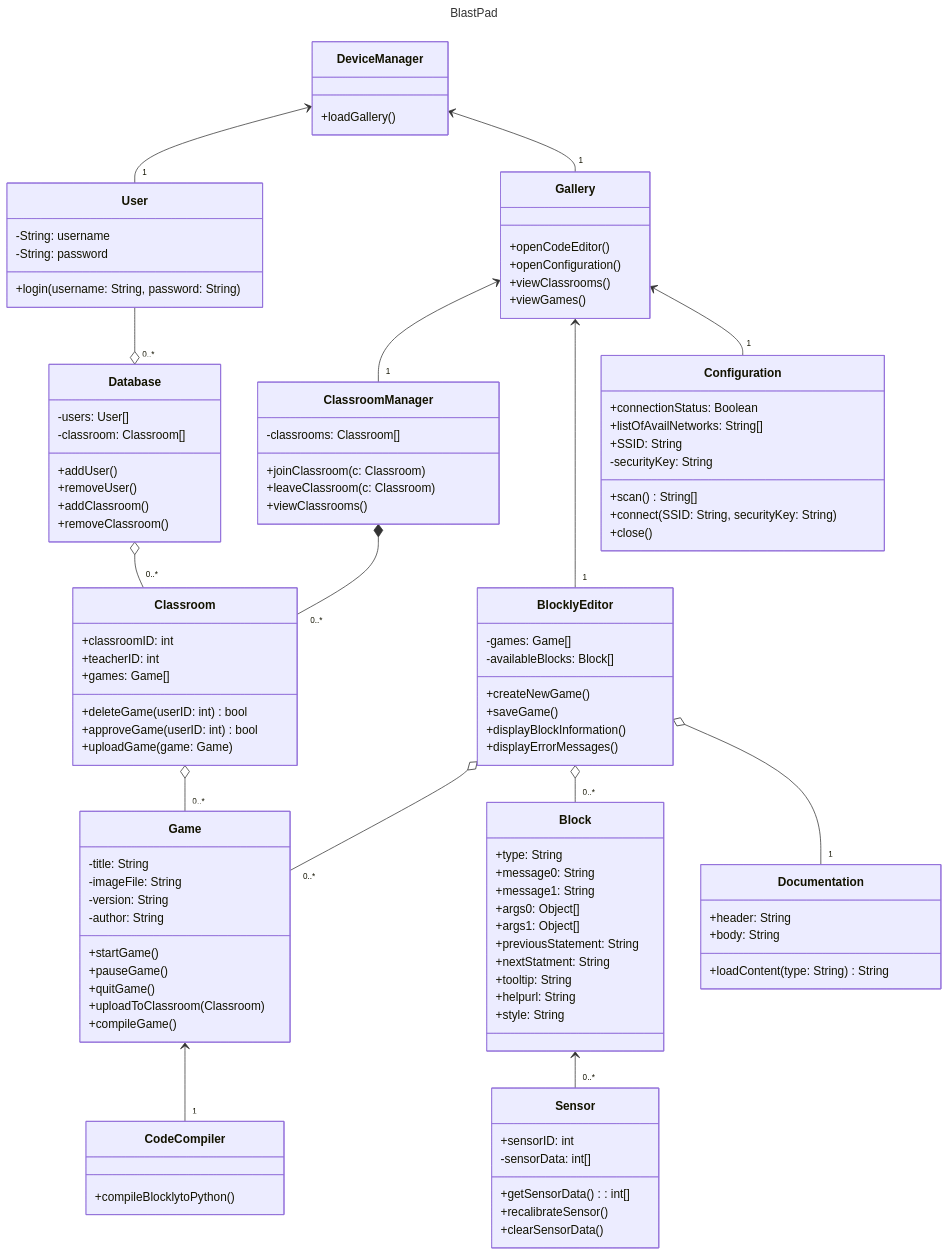
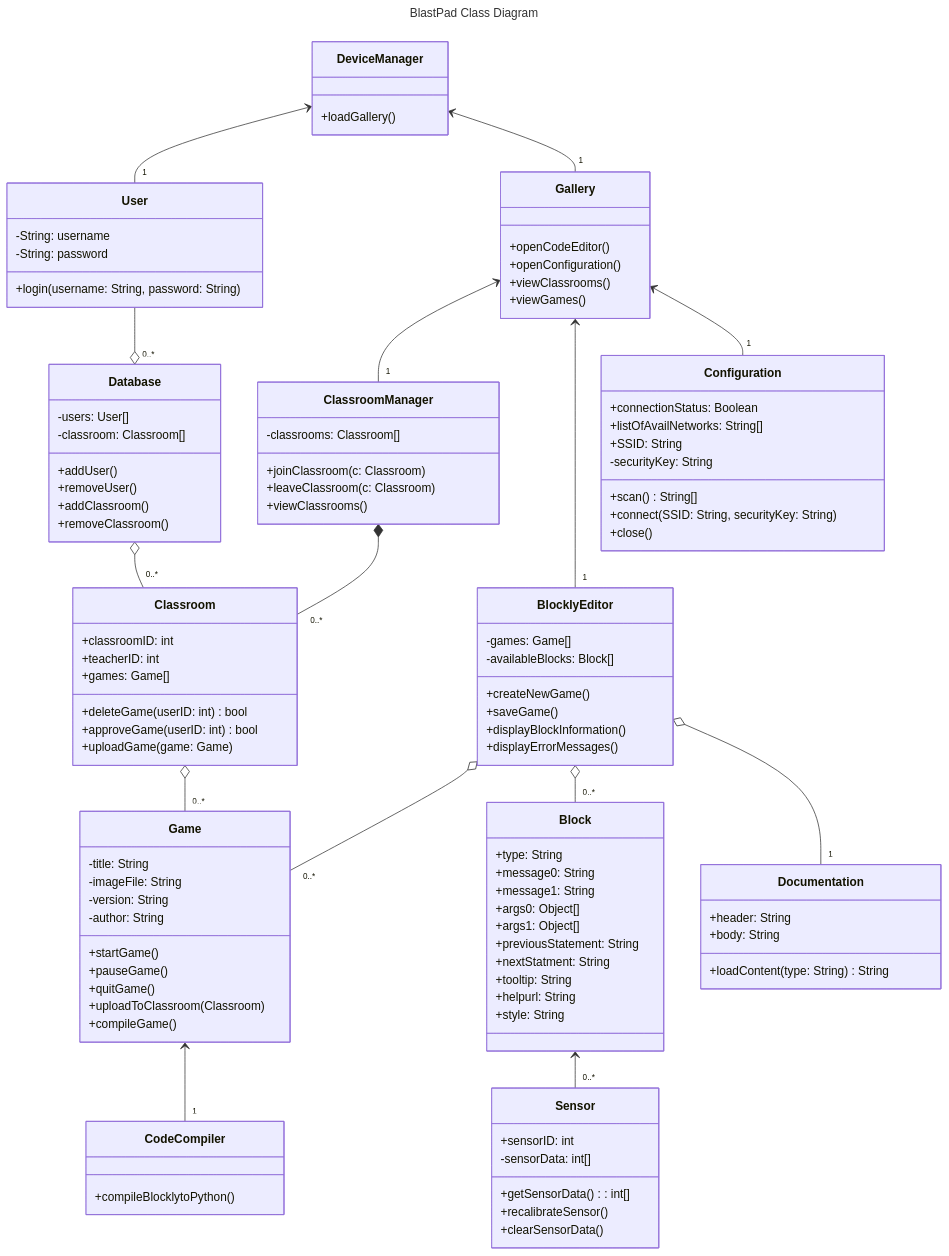
One commit to Capstone-Projects-2024-Spring/project-blastpad changed the diagram in documentation/docs/system-architecture/design.md. Above: the diagram before and after it, drawn with Mermaid.

Commit message:
Added title to class diagram

````diff
--- a/documentation/docs/system-architecture/design.md
+++ b/documentation/docs/system-architecture/design.md
@@ -23,6 +23,6 @@
 ```mermaid
 ---
-title: BlastPad
+title: BlastPad Class Diagram
 ---
 classDiagram
     BlocklyEditor o-- "0..*" Game
````
